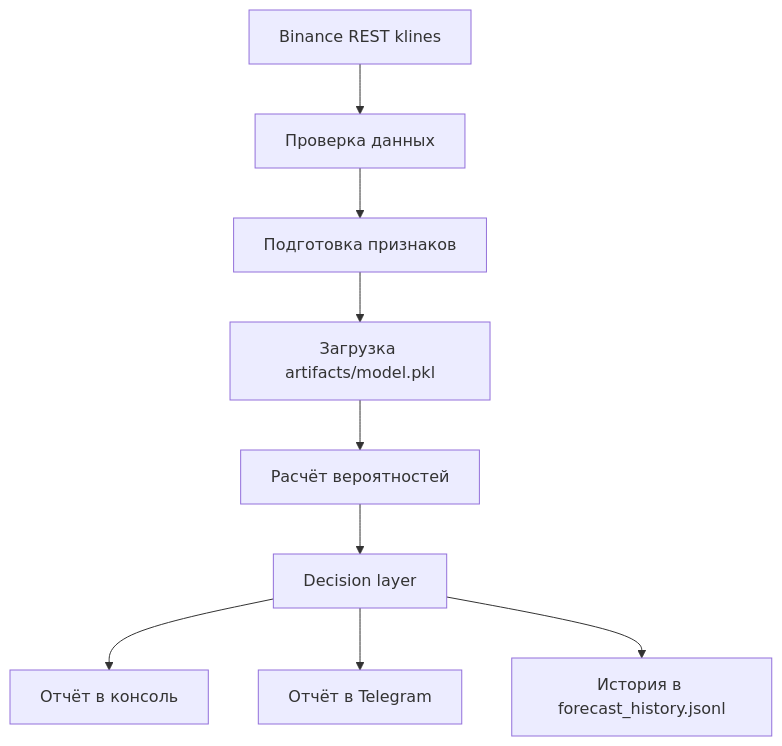
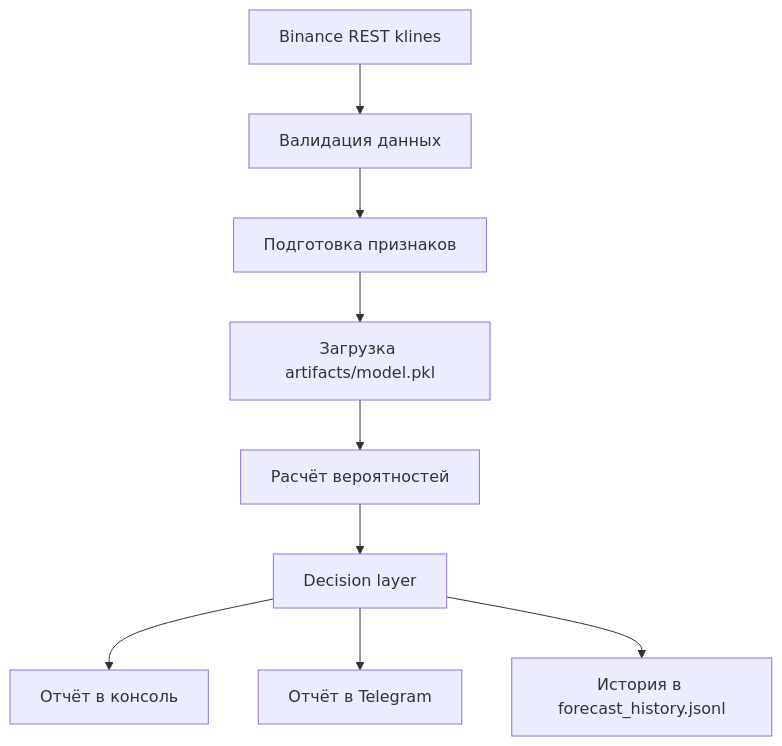
The diagram in README.md (Trade360Lab/Trade360Lab-Analyzer-BTC), drawn with Mermaid before and after one commit. The commit also changed other lines of this file, not shown here.

Commit message:
chore(readme): fix mermaid diagram and russian headings

````diff
--- a/README.md
+++ b/README.md
@@ -28,11 +28,11 @@
 ```mermaid
 flowchart TD
-    A["Binance REST klines"] --> B["Проверка данных"]
-    B --> C["Подготовка признаков"]
-    C --> D["Загрузка artifacts/model.pkl"]
-    D --> E["Расчёт вероятностей"]
-    E --> F["Decision layer"]
-    F --> G["Отчёт в консоль"]
-    F --> H["Отчёт в Telegram"]
-    F --> I["История в forecast_history.jsonl"]
+    binance["Binance REST klines"] --> validate["Валидация данных"]
+    validate --> features["Подготовка признаков"]
+    features --> model["Загрузка artifacts/model.pkl"]
+    model --> predict["Расчёт вероятностей"]
+    predict --> decision["Decision layer"]
+    decision --> console["Отчёт в консоль"]
+    decision --> telegram["Отчёт в Telegram"]
+    decision --> history["История в forecast_history.jsonl"]
 ```
````
